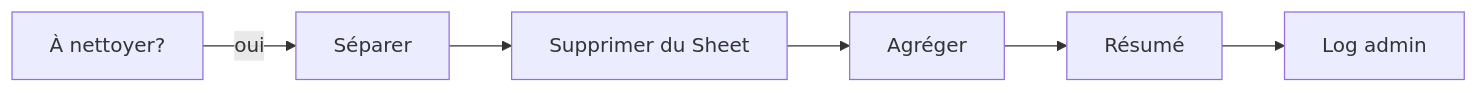
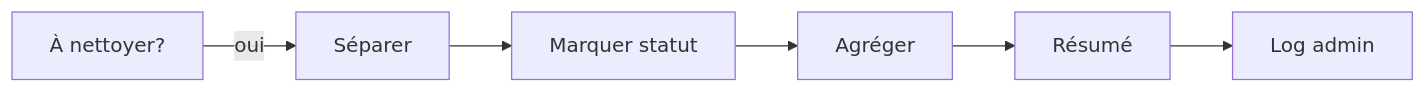
The diagram in docs/workflows/gestion-hebdomadaire/nettoyage.md (evolutek/EvoluBot), drawn with Mermaid before and after one commit. The commit also changed other lines of this file and 6 other files, not shown here.

````diff
--- a/docs/workflows/gestion-hebdomadaire/nettoyage.md
+++ b/docs/workflows/gestion-hebdomadaire/nettoyage.md
@@ -18,8 +18,8 @@
 ```mermaid
 graph LR
     A[À nettoyer?] -->|oui| B[Séparer]
-    B --> C[Supprimer du Sheet]
+    B --> C[Marquer statut]
     C --> D[Agréger]
     D --> E[Résumé]
     E --> F[Log admin]
 ```
````
